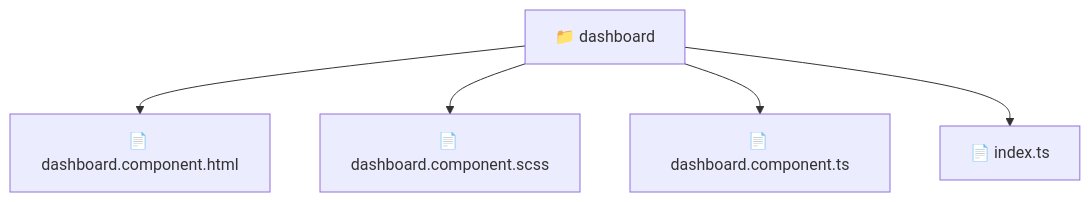
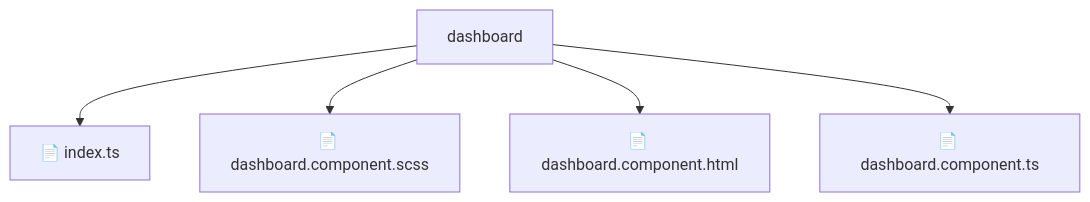
Before and after one commit to beginwebdev2002/fullstack-mavluda: the diagram in frontend/src/pages/dashboard/README.md, drawn with Mermaid. The commit also changed other lines of this file and 155 other files, not shown here.

````diff
--- a/frontend/src/pages/dashboard/README.md
+++ b/frontend/src/pages/dashboard/README.md
@@ -10,8 +14,8 @@
 ```mermaid
 graph TD
-  Root["📁 dashboard"]
-  Root --> dashboardcomponenthtml["📄 dashboard.component.html"]
-  Root --> dashboardcomponentscss["📄 dashboard.component.scss"]
-  Root --> dashboardcomponentts["📄 dashboard.component.ts"]
-  Root --> indexts["📄 index.ts"]
+    Root[dashboard]
+    Root --> F0[📄 index.ts]
+    Root --> F1[📄 dashboard.component.scss]
+    Root --> F2[📄 dashboard.component.html]
+    Root --> F3[📄 dashboard.component.ts]
 ```
````
